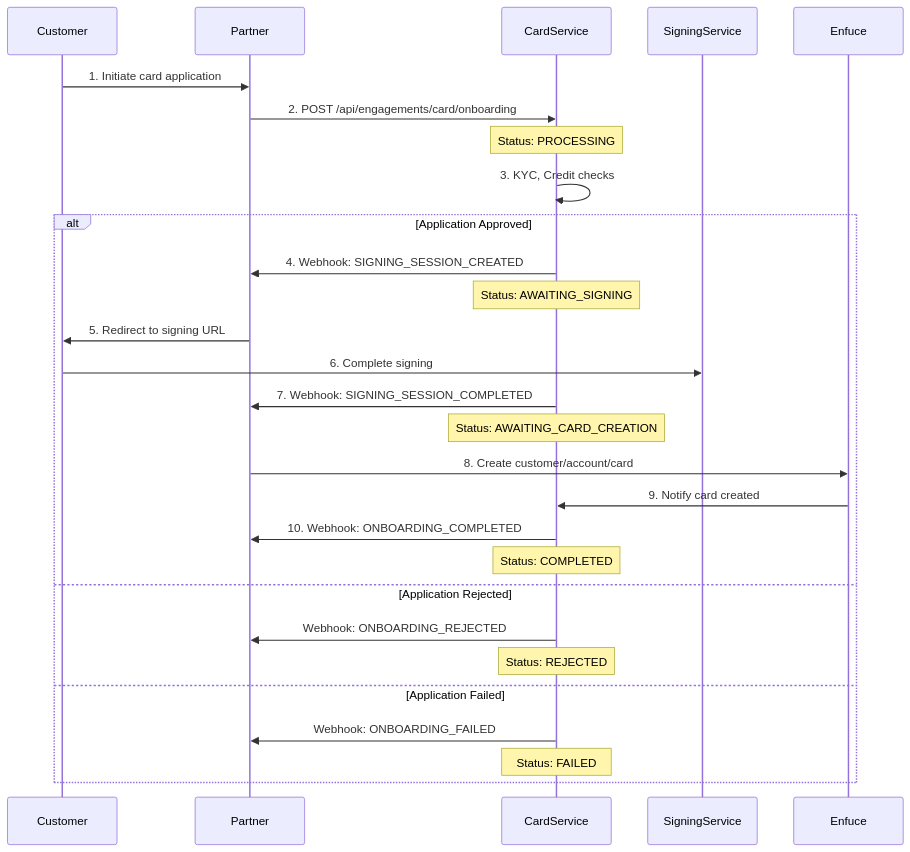
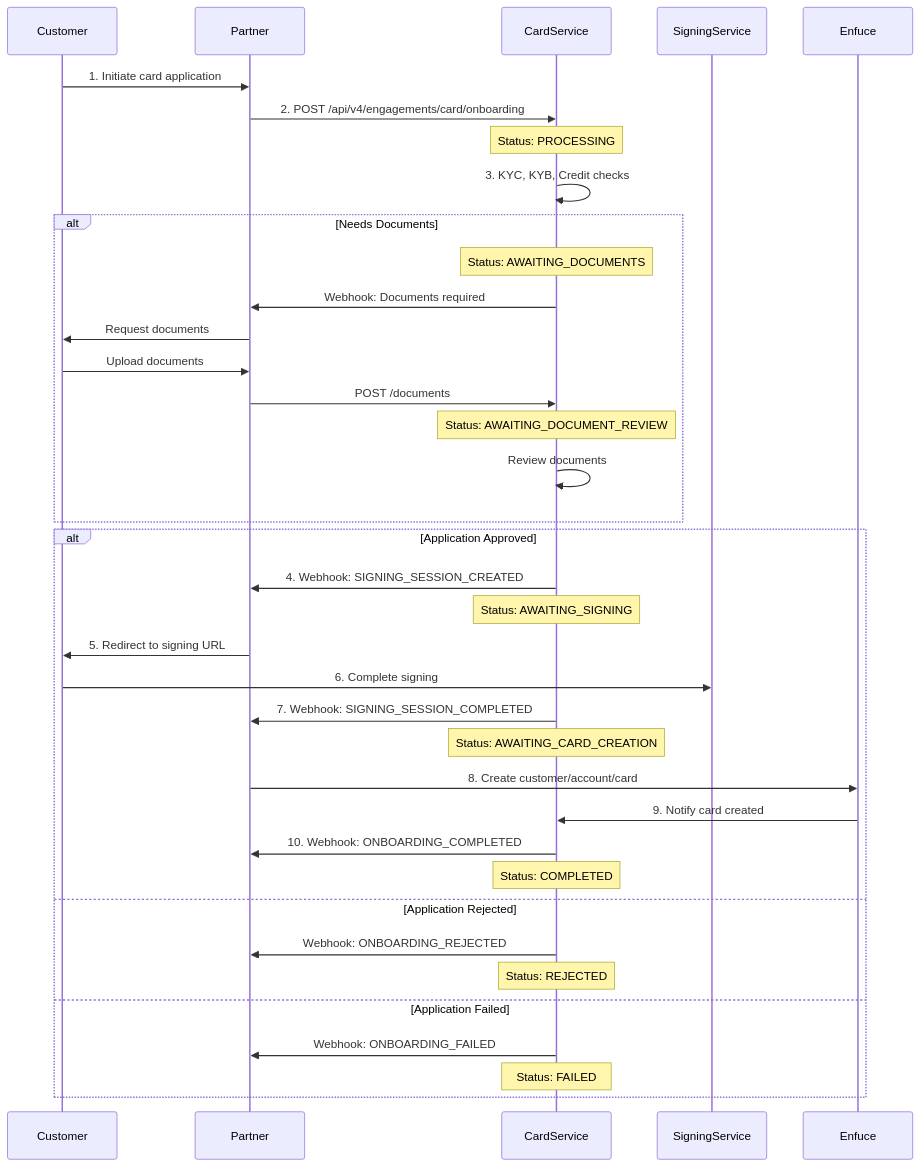
One commit to truonghoangnordiska/docs changed the diagram in card/integration-flow.mdx. Above: the diagram before and after it, drawn with Mermaid. The commit also changed other lines of this file and 6 other files, not shown here.

````diff
--- a/card/integration-flow.mdx
+++ b/card/integration-flow.mdx
@@ -12,32 +12,42 @@
 ```mermaid
 sequenceDiagram
     participant Customer
     participant Partner
     participant CardService
     participant SigningService
     participant Enfuce
 
     Customer->>Partner: 1. Initiate card application
-    Partner->>CardService: 2. POST /api/engagements/card/onboarding
+    Partner->>CardService: 2. POST /api/v4/engagements/card/onboarding
     Note over CardService: Status: PROCESSING
-    CardService->>CardService: 3. KYC, Credit checks
-    
+    CardService->>CardService: 3. KYC, KYB, Credit checks
+
+    alt Needs Documents
+        Note over CardService: Status: AWAITING_DOCUMENTS
+        CardService->>Partner: Webhook: Documents required
+        Partner->>Customer: Request documents
+        Customer->>Partner: Upload documents
+        Partner->>CardService: POST /documents
+        Note over CardService: Status: AWAITING_DOCUMENT_REVIEW
+        CardService->>CardService: Review documents
+    end
+
     alt Application Approved
         CardService->>Partner: 4. Webhook: SIGNING_SESSION_CREATED
         Note over CardService: Status: AWAITING_SIGNING
         Partner->>Customer: 5. Redirect to signing URL
         Customer->>SigningService: 6. Complete signing
         CardService->>Partner: 7. Webhook: SIGNING_SESSION_COMPLETED
         Note over CardService: Status: AWAITING_CARD_CREATION
         Partner->>Enfuce: 8. Create customer/account/card
         Enfuce->>CardService: 9. Notify card created
         CardService->>Partner: 10. Webhook: ONBOARDING_COMPLETED
         Note over CardService: Status: COMPLETED
     else Application Rejected
         CardService->>Partner: Webhook: ONBOARDING_REJECTED
         Note over CardService: Status: REJECTED
     else Application Failed
         CardService->>Partner: Webhook: ONBOARDING_FAILED
         Note over CardService: Status: FAILED
     end
 ```
````
